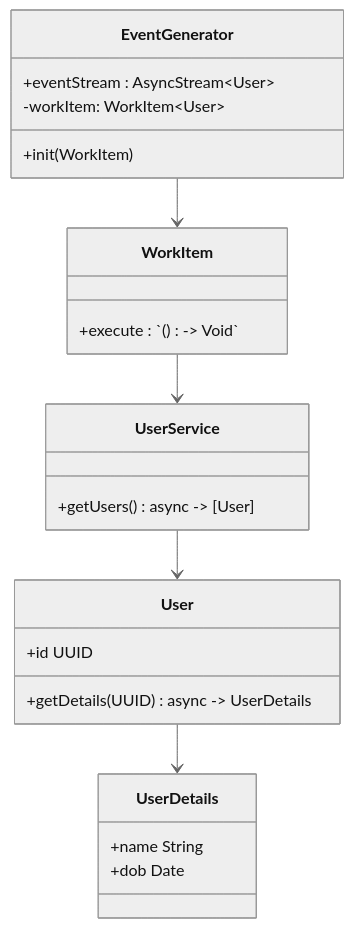
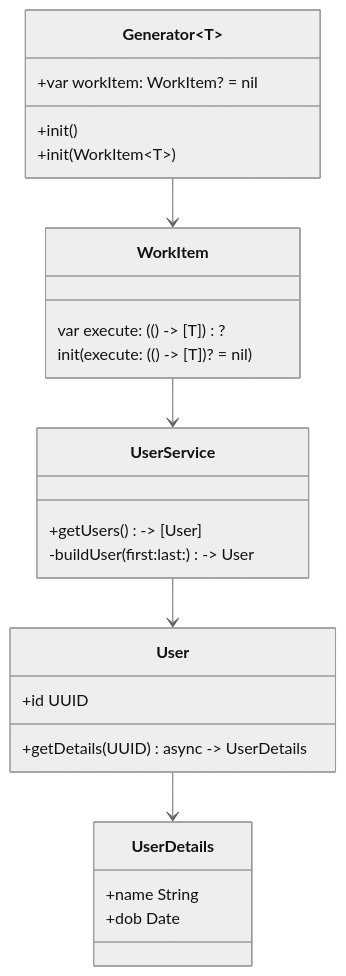
One commit to pakirby1/AsynchronousProgramming changed the ninth of 13 diagrams in AsynchronousProgramming/Documentation/AsynchronousProgramming.md. Above: the diagram before and after it, drawn with Mermaid (neutral theme). The commit also changed other lines of this file and 21 other files, not shown here.

````diff
--- a/AsynchronousProgramming/Documentation/AsynchronousProgramming.md
+++ b/AsynchronousProgramming/Documentation/AsynchronousProgramming.md
@@ -848,32 +909,34 @@
 ```mermaid
 classDiagram
     class WorkItem {
-        +execute : `() -> Void`
+        var execute: (() -> [T])?
+    
+        init(execute: (() -> [T])? = nil)
     }
     
     class UserService {
-        +getUsers() async -> [User]
-
+        +getUsers() -> [User]
+        -buildUser(first:last:) -> User
     }
     
-    class EventGenerator {
-        +eventStream : AsyncStream~User~
-        -workItem: WorkItem~User~
-        +init(WorkItem)
+    class Generator~T~ {
+        +var workItem: WorkItem<T>? = nil
+        +init()
+        +init(WorkItem~T~)
     }
     
     class User {
         +id UUID
         +getDetails(UUID) async -> UserDetails
     }
     
     class UserDetails {
         +name String
         +dob Date
     }
     
-    EventGenerator --> WorkItem
+    Generator --> WorkItem
     WorkItem --> UserService
     UserService --> User
     User --> UserDetails
 ```
````
